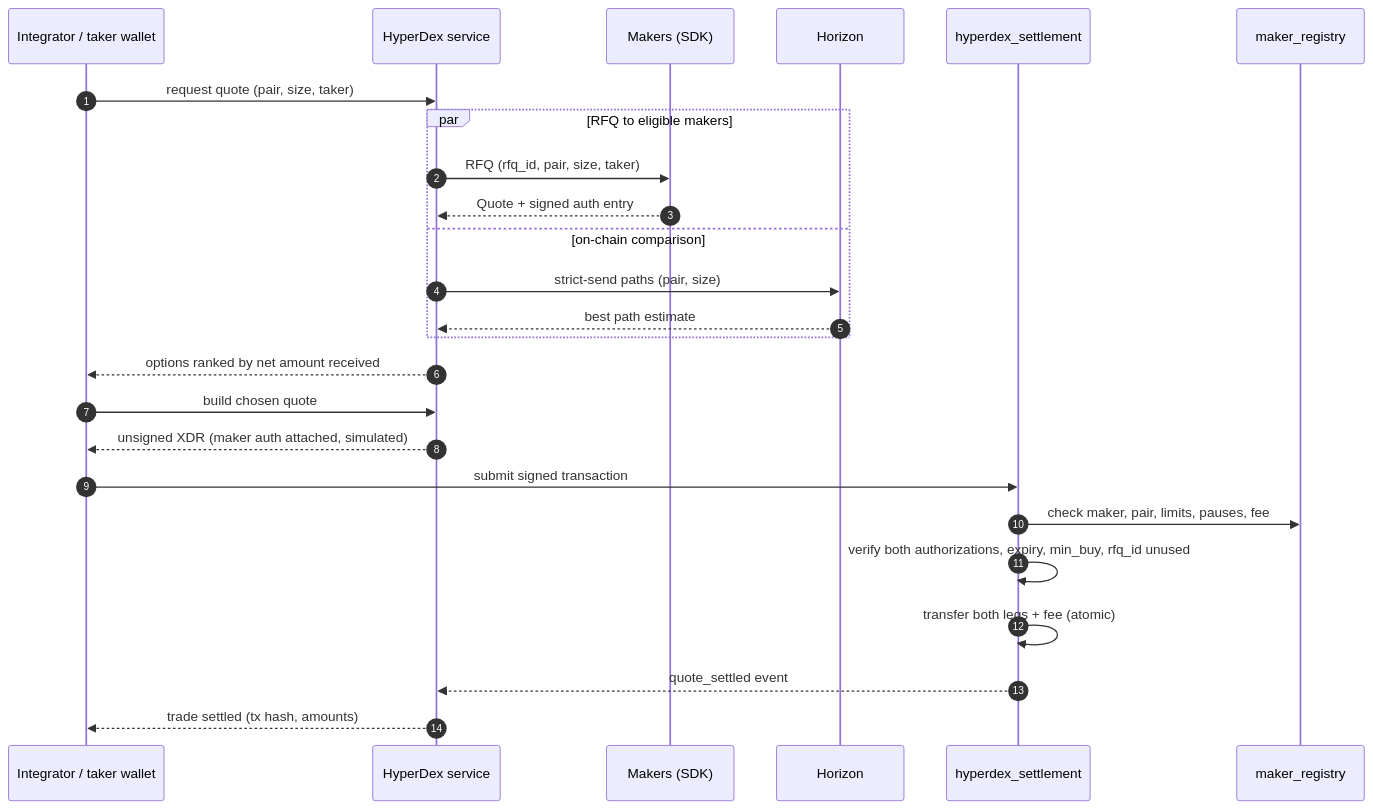
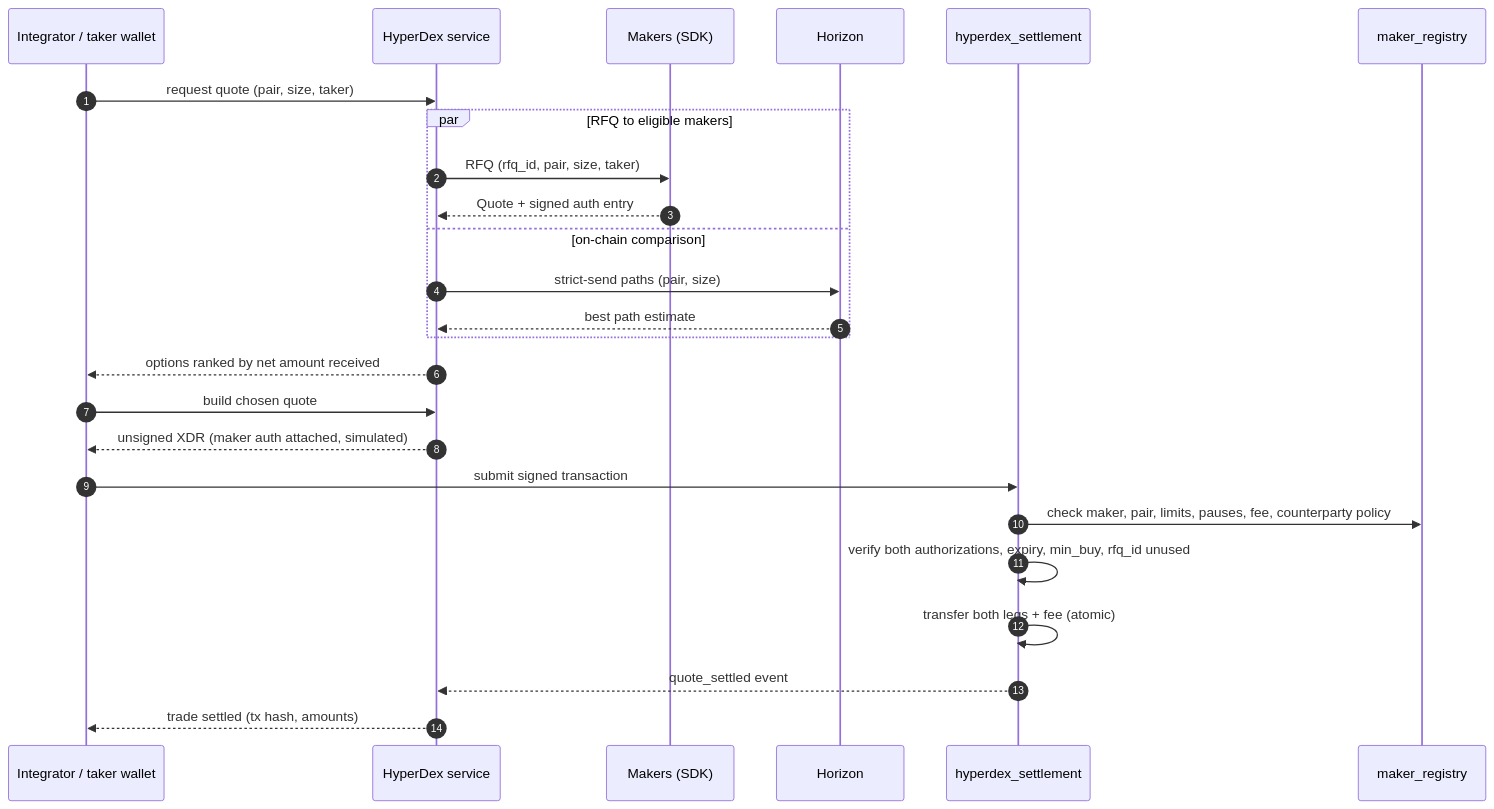
One commit to hyperdexnetwork/HyperDex changed the second of 3 diagrams in docs/TARGET_ARCHITECTURE.md. Above: the diagram before and after it, drawn with Mermaid. The commit also changed other lines of this file and 1 other file, not shown here.

````diff
--- a/docs/TARGET_ARCHITECTURE.md
+++ b/docs/TARGET_ARCHITECTURE.md
@@ -248,28 +313,28 @@
 ```mermaid
 sequenceDiagram
     autonumber
     participant I as Integrator / taker wallet
     participant S as HyperDex service
     participant M as Makers (SDK)
     participant H as Horizon
     participant C as hyperdex_settlement
     participant R as maker_registry
 
     I->>S: request quote (pair, size, taker)
     par RFQ to eligible makers
         S->>M: RFQ (rfq_id, pair, size, taker)
         M-->>S: Quote + signed auth entry
     and on-chain comparison
         S->>H: strict-send paths (pair, size)
         H-->>S: best path estimate
     end
     S-->>I: options ranked by net amount received
     I->>S: build chosen quote
     S-->>I: unsigned XDR (maker auth attached, simulated)
     I->>C: submit signed transaction
-    C->>R: check maker, pair, limits, pauses, fee
+    C->>R: check maker, pair, limits, pauses, fee, counterparty policy
     C->>C: verify both authorizations, expiry, min_buy, rfq_id unused
     C->>C: transfer both legs + fee (atomic)
     C-->>S: quote_settled event
     S-->>I: trade settled (tx hash, amounts)
 ```
````
